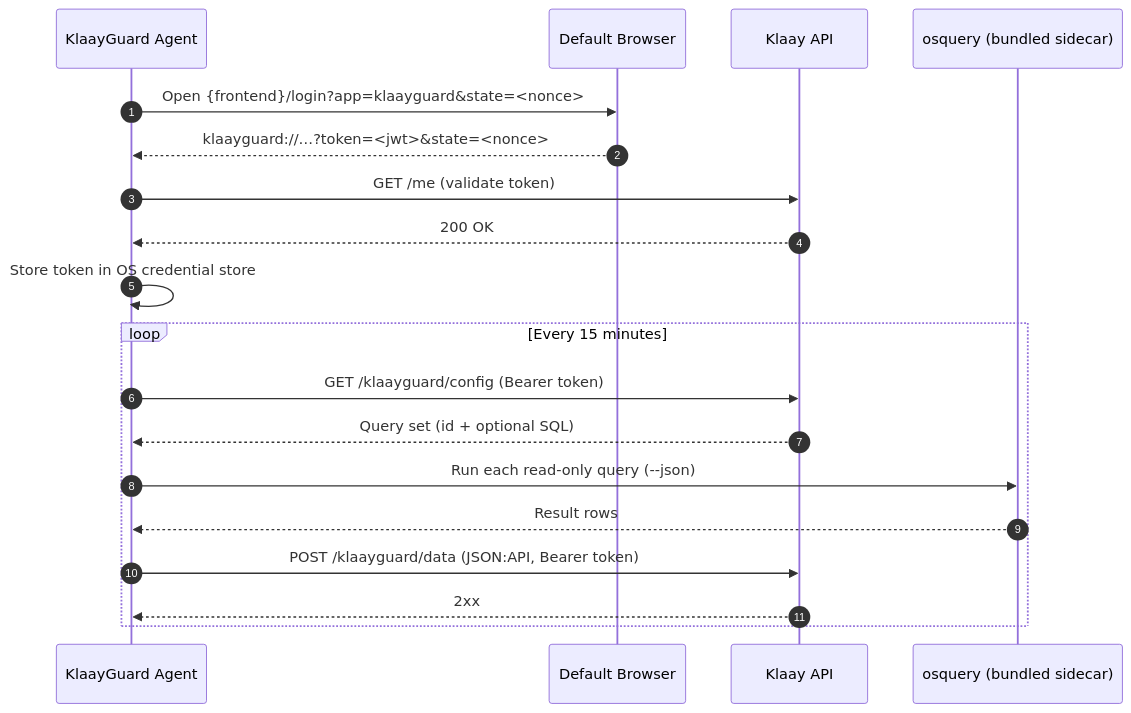
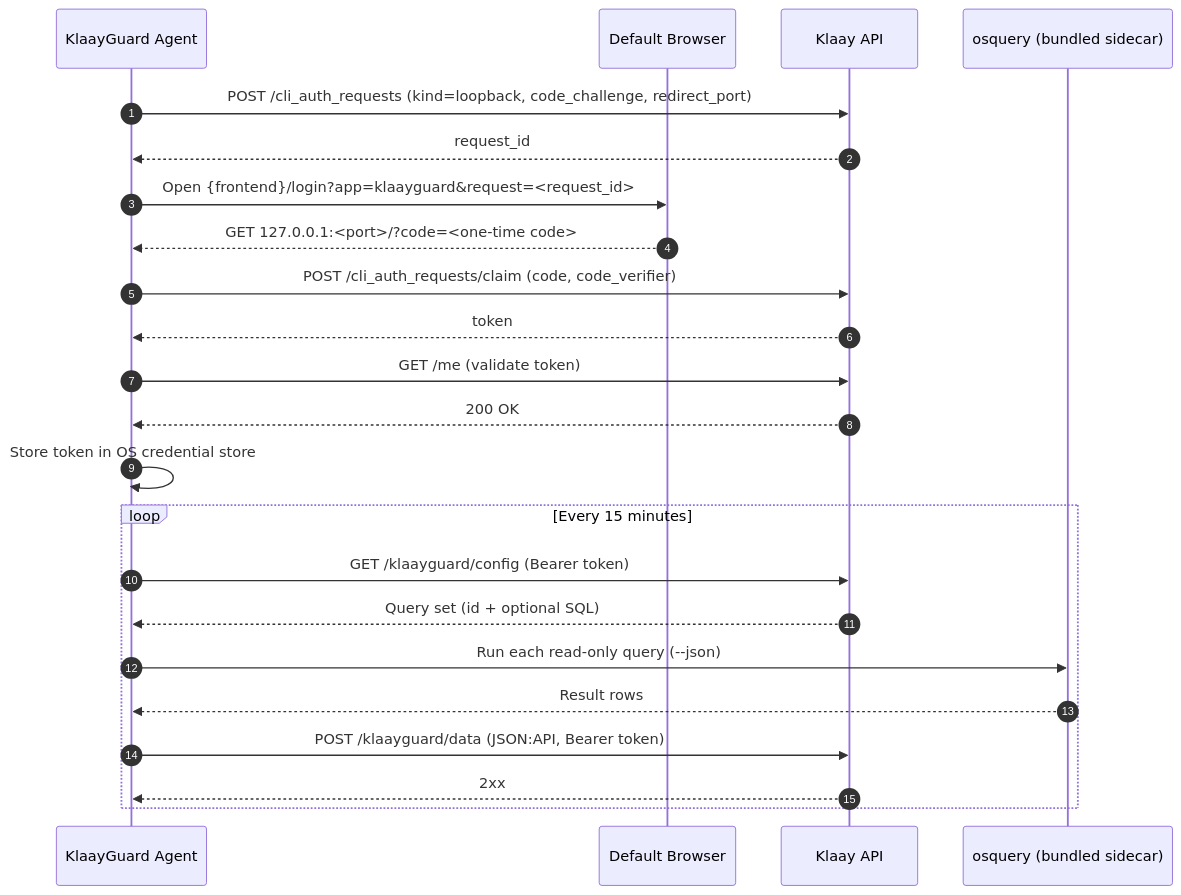
Before and after one commit to klaayinc/klaayguard: the diagram in README.md, drawn with Mermaid. The commit also changed other lines of this file and 1 other file, not shown here.

Commit message:
Correct the sign-in docs and name the workspaces a device reaches
The README still described the klaayguard:// deep link, which commit b7a839e
deleted when the agent moved to a loopback port. A reader checking how sign-in
works met the old flow.

Replace the sequence with the loopback exchange the agent performs, and list
the two cli_auth_requests calls in the endpoint table.

The privacy datasheet made no claim about which account receives the data.
Kiln can now report a device to every workspace the person works in, so say
so in section 8, beside the other two BYOD notes.

Claude-Session: https://claude.ai/code/session_01Fa6ctAuqL4AhssJfazVY49

````diff
--- a/README.md
+++ b/README.md
@@ -21,25 +21,29 @@
 ```mermaid
 sequenceDiagram
     autonumber
     participant Agent as KlaayGuard Agent
     participant Browser as Default Browser
     participant API as Klaay API
     participant Osquery as osquery (bundled sidecar)
 
     %% Sign-in (first launch or after 401/403)
-    Agent->>Browser: Open {frontend}/login?app=klaayguard&state=<nonce>
-    Browser-->>Agent: klaayguard://…?token=<jwt>&state=<nonce>
+    Agent->>API: POST /cli_auth_requests (kind=loopback, code_challenge, redirect_port)
+    API-->>Agent: request_id
+    Agent->>Browser: Open {frontend}/login?app=klaayguard&request=<request_id>
+    Browser-->>Agent: GET 127.0.0.1:<port>/?code=<one-time code>
+    Agent->>API: POST /cli_auth_requests/claim (code, code_verifier)
+    API-->>Agent: token
     Agent->>API: GET /me (validate token)
     API-->>Agent: 200 OK
     Agent->>Agent: Store token in OS credential store
 
     %% Collection loop
     loop Every 15 minutes
         Agent->>API: GET /klaayguard/config (Bearer token)
         API-->>Agent: Query set (id + optional SQL)
         Agent->>Osquery: Run each read-only query (--json)
         Osquery-->>Agent: Result rows
         Agent->>API: POST /klaayguard/data (JSON:API, Bearer token)
         API-->>Agent: 2xx
     end
 ```
````
